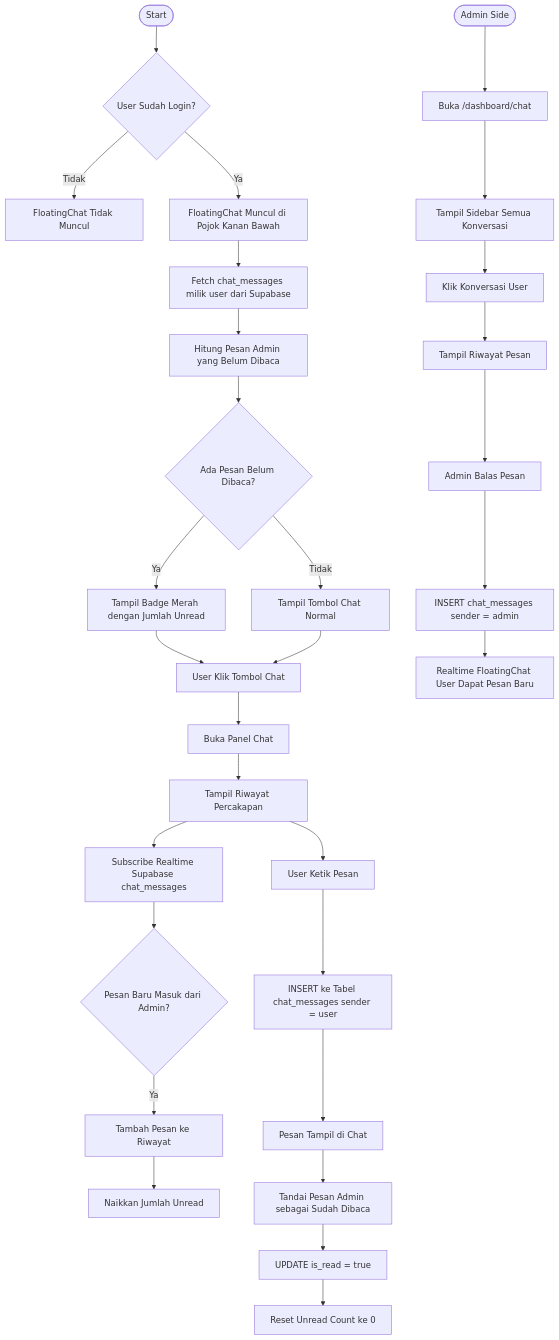
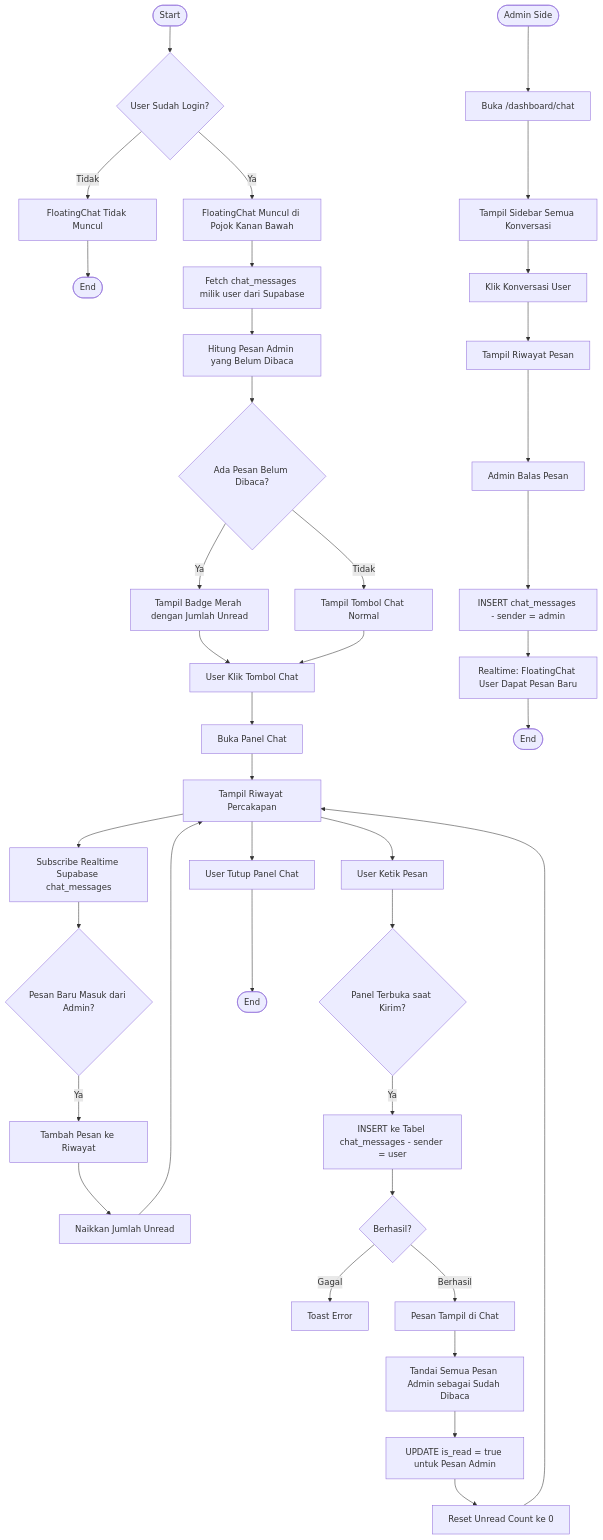
Before and after one commit to Arawa-Sigma/Toko: the ninth of 10 diagrams in docs/README.md, drawn with Mermaid. The commit also changed other lines of this file and 3 other files, not shown here.

Commit message:
docs: add system and dashboard flowcharts and update documentation references

````diff
--- a/docs/README.md
+++ b/docs/README.md
@@ -544,37 +838,48 @@
 ```mermaid
 flowchart TD
     A([Start]) --> B{User Sudah Login?}
     B -->|Tidak| C[FloatingChat Tidak Muncul]
+    C --> END1([End])
     B -->|Ya| D[FloatingChat Muncul di Pojok Kanan Bawah]
 
     D --> E[Fetch chat_messages milik user dari Supabase]
     E --> F[Hitung Pesan Admin yang Belum Dibaca]
     F --> G{Ada Pesan Belum Dibaca?}
     G -->|Ya| H[Tampil Badge Merah dengan Jumlah Unread]
     G -->|Tidak| I[Tampil Tombol Chat Normal]
 
     H --> J[User Klik Tombol Chat]
     I --> J
     J --> K[Buka Panel Chat]
     K --> L[Tampil Riwayat Percakapan]
     L --> M[Subscribe Realtime Supabase chat_messages]
 
     M --> N{Pesan Baru Masuk dari Admin?}
     N -->|Ya| O[Tambah Pesan ke Riwayat]
     O --> P[Naikkan Jumlah Unread]
+    P --> L
 
     L --> Q[User Ketik Pesan]
-    Q --> S[INSERT ke Tabel chat_messages sender = user]
-    S --> V[Pesan Tampil di Chat]
-    V --> W[Tandai Pesan Admin sebagai Sudah Dibaca]
-    W --> X[UPDATE is_read = true]
+    Q --> R{Panel Terbuka saat Kirim?}
+    R -->|Ya| S[INSERT ke Tabel chat_messages - sender = user]
+    S --> T{Berhasil?}
+    T -->|Gagal| U[Toast Error]
+    T -->|Berhasil| V[Pesan Tampil di Chat]
+    V --> W[Tandai Semua Pesan Admin sebagai Sudah Dibaca]
+    W --> X[UPDATE is_read = true untuk Pesan Admin]
     X --> Y[Reset Unread Count ke 0]
+    Y --> L
+
+    L --> Z[User Tutup Panel Chat]
+    Z --> END2([End])
 
     AA([Admin Side]) --> AB[Buka /dashboard/chat]
     AB --> AC[Tampil Sidebar Semua Konversasi]
     AC --> AD[Klik Konversasi User]
     AD --> AE[Tampil Riwayat Pesan]
     AE --> AF[Admin Balas Pesan]
-    AF --> AG[INSERT chat_messages sender = admin]
-    AG --> AH[Realtime FloatingChat User Dapat Pesan Baru]
+    AF --> AG[INSERT chat_messages - sender = admin]
+    AG --> AH[Realtime: FloatingChat User Dapat Pesan Baru]
+    AH --> END3([End])
+
 ```
````
